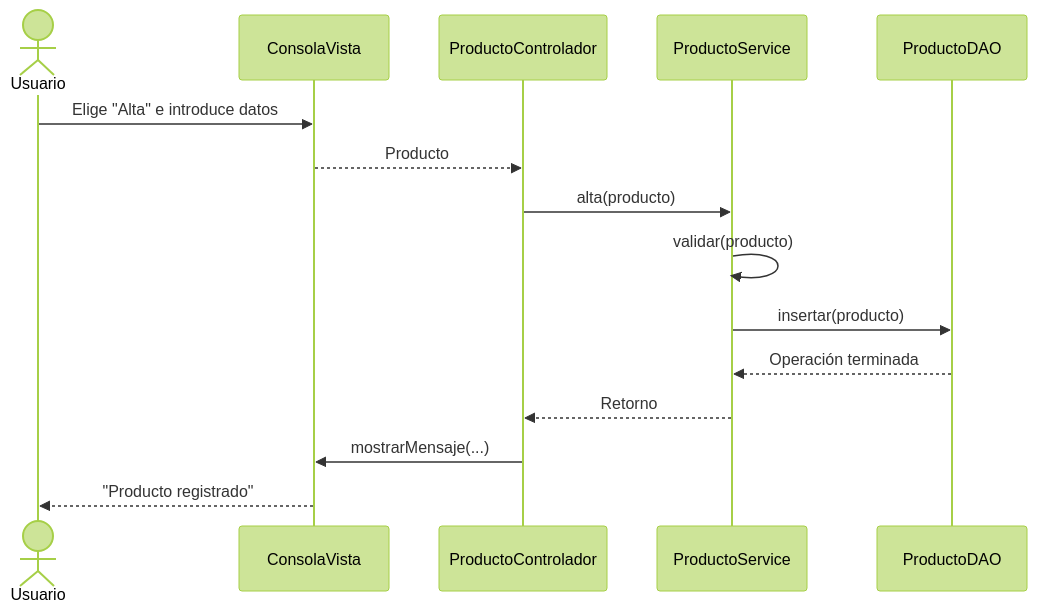
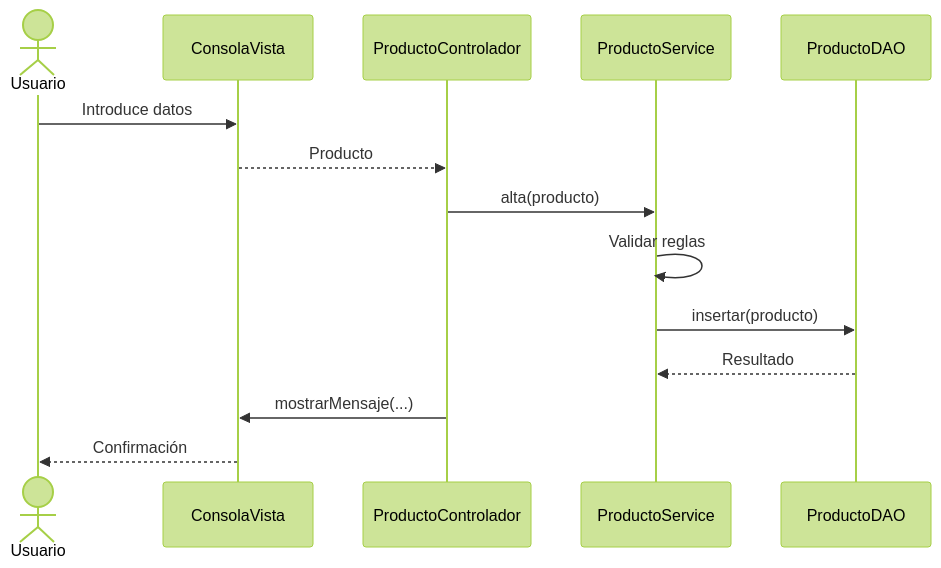
Before and after one commit to rlrprofe/AD-2627: the diagram in docs/ut3/07-integracion.md, drawn with Mermaid (forest theme). The commit also changed other lines of this file and 8 other files, not shown here.

````diff
--- a/docs/ut3/07-integracion.md
+++ b/docs/ut3/07-integracion.md
@@ -53,17 +88,16 @@
 ```mermaid
 sequenceDiagram
-    actor U as Usuario
-    participant V as ConsolaVista
-    participant C as ProductoControlador
-    participant S as ProductoService
-    participant D as ProductoDAO
-    U->>V: Elige "Alta" e introduce datos
-    V-->>C: Producto
-    C->>S: alta(producto)
-    S->>S: validar(producto)
-    S->>D: insertar(producto)
-    D-->>S: Operación terminada
-    S-->>C: Retorno
-    C->>V: mostrarMensaje(...)
-    V-->>U: "Producto registrado"
+    actor Usuario
+    participant Vista as ConsolaVista
+    participant Controlador as ProductoControlador
+    participant Servicio as ProductoService
+    participant DAO as ProductoDAO
+    Usuario->>Vista: Introduce datos
+    Vista-->>Controlador: Producto
+    Controlador->>Servicio: alta(producto)
+    Servicio->>Servicio: Validar reglas
+    Servicio->>DAO: insertar(producto)
+    DAO-->>Servicio: Resultado
+    Controlador->>Vista: mostrarMensaje(...)
+    Vista-->>Usuario: Confirmación
 ```
````
